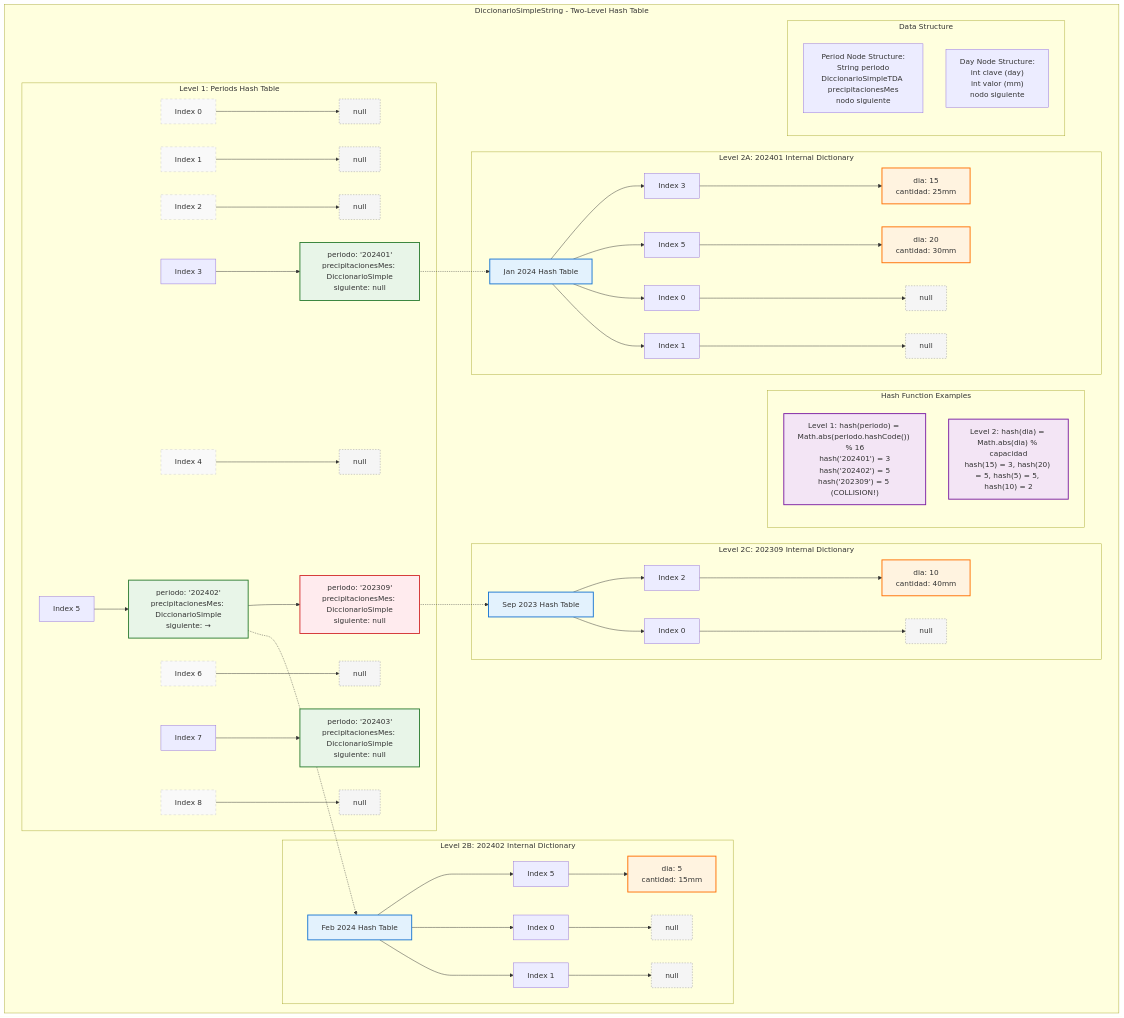
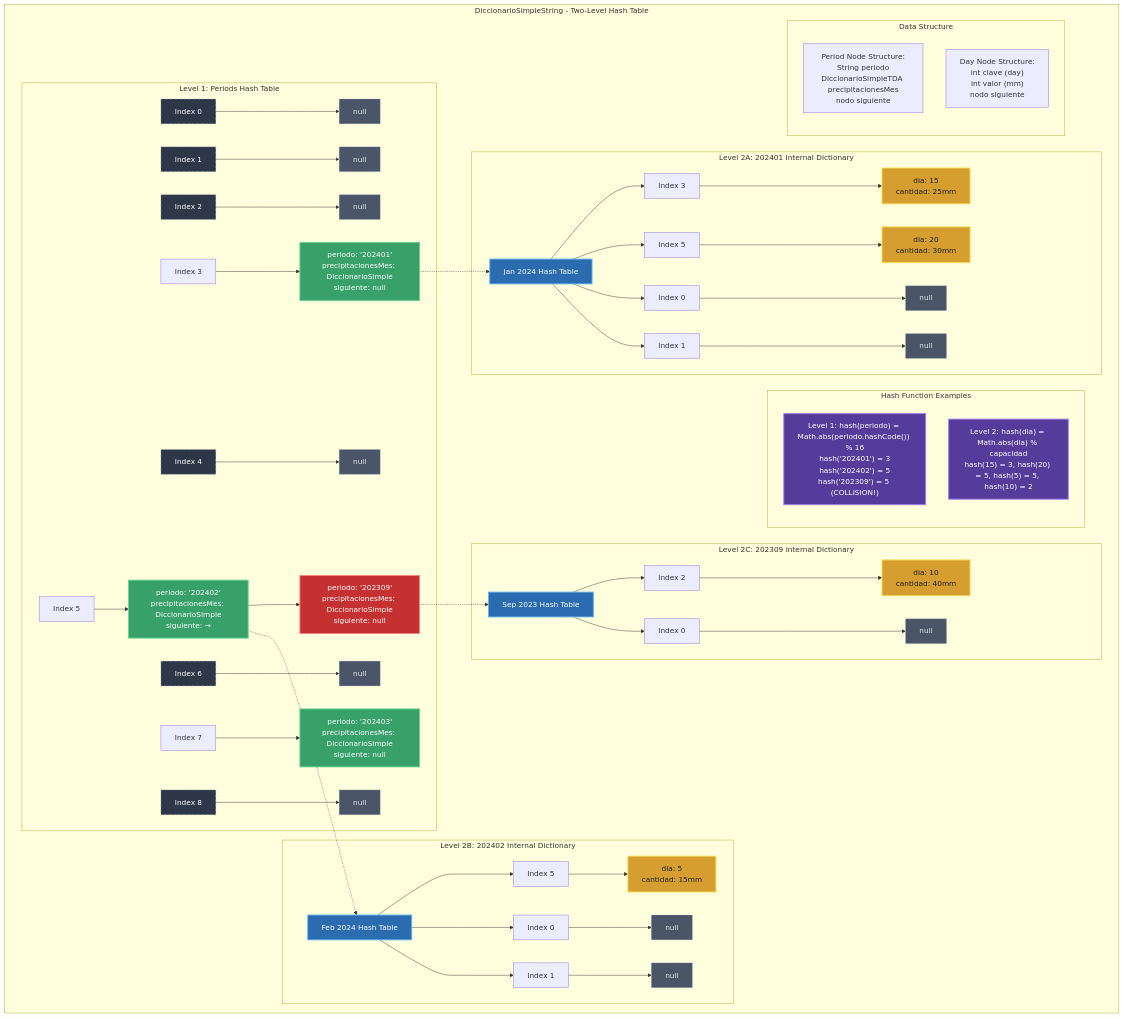
One commit to pybalt/algo2 changed the diagram in README_DiccionarioSimpleString.md. Above: the diagram before and after it, drawn with Mermaid. The commit also changed 1 other file, not shown here.

Commit message:
Update README files to optimize diagram styles for dark mode, enhancing visual clarity and consistency across documentation.

````diff
--- a/README_DiccionarioSimpleString.md
+++ b/README_DiccionarioSimpleString.md
@@ -20,64 +20,64 @@
 ```mermaid
 graph TD
     subgraph "DiccionarioSimpleString - Two-Level Hash Table"
         subgraph "Level 1: Periods Hash Table"
             B0["Index 0"] --> NULL0[null]
             B1["Index 1"] --> NULL1[null]
             B2["Index 2"] --> NULL2[null]
             B3["Index 3"] --> P1["periodo: '202401'<br/>precipitacionesMes: DiccionarioSimple<br/>siguiente: null"]
             B4["Index 4"] --> NULL4[null]
             B5["Index 5"] --> P2["periodo: '202402'<br/>precipitacionesMes: DiccionarioSimple<br/>siguiente: →"]
             P2 --> P3["periodo: '202309'<br/>precipitacionesMes: DiccionarioSimple<br/>siguiente: null"]
             B6["Index 6"] --> NULL6[null]
             B7["Index 7"] --> P4["periodo: '202403'<br/>precipitacionesMes: DiccionarioSimple<br/>siguiente: null"]
             B8["Index 8"] --> NULL8[null]
         end
         
         subgraph "Level 2A: 202401 Internal Dictionary"
             P1 -.-> J_TABLE["Jan 2024 Hash Table"]
             J_TABLE --> J3["Index 3"] --> JD15["dia: 15<br/>cantidad: 25mm"]
             J_TABLE --> J5["Index 5"] --> JD20["dia: 20<br/>cantidad: 30mm"]
             J_TABLE --> J0["Index 0"] --> JN0[null]
             J_TABLE --> J1["Index 1"] --> JN1[null]
         end
         
         subgraph "Level 2B: 202402 Internal Dictionary"
             P2 -.-> F_TABLE["Feb 2024 Hash Table"]
             F_TABLE --> F5["Index 5"] --> FD5["dia: 5<br/>cantidad: 15mm"]
             F_TABLE --> F0["Index 0"] --> FN0[null]
             F_TABLE --> F1["Index 1"] --> FN1[null]
         end
         
         subgraph "Level 2C: 202309 Internal Dictionary"
             P3 -.-> S_TABLE["Sep 2023 Hash Table"]
             S_TABLE --> S2["Index 2"] --> SD10["dia: 10<br/>cantidad: 40mm"]
             S_TABLE --> S0["Index 0"] --> SN0[null]
         end
         
         subgraph "Hash Function Examples"
             HF1["Level 1: hash(periodo) = Math.abs(periodo.hashCode()) % 16<br/>hash('202401') = 3<br/>hash('202402') = 5<br/>hash('202309') = 5 (COLLISION!)"]
             HF2["Level 2: hash(dia) = Math.abs(dia) % capacidad<br/>hash(15) = 3, hash(20) = 5, hash(5) = 5, hash(10) = 2"]
         end
         
         subgraph "Data Structure"
             NS1["Period Node Structure:<br/>String periodo<br/>DiccionarioSimpleTDA precipitacionesMes<br/>nodo siguiente"]
             NS2["Day Node Structure:<br/>int clave (day)<br/>int valor (mm)<br/>nodo siguiente"]
         end
         
-        classDef emptyBucket fill:#f9f9f9,stroke:#ccc,stroke-dasharray: 5 5
-        classDef periodNode fill:#e8f5e8,stroke:#2e7d32,stroke-width:2px
-        classDef dayNode fill:#fff3e0,stroke:#ff6f00,stroke-width:2px
-        classDef hashFunction fill:#f3e5f5,stroke:#7b1fa2,stroke-width:2px
-        classDef nullPointer fill:#f5f5f5,stroke:#999,stroke-dasharray: 3 3
-        classDef collision fill:#ffebee,stroke:#d32f2f,stroke-width:2px
-        classDef table fill:#e3f2fd,stroke:#1976d2,stroke-width:2px
+        classDef emptyBucket fill:#2d3748,stroke:#a0aec0,stroke-dasharray: 5 5,color:#ffffff
+        classDef periodNode fill:#38a169,stroke:#68d391,stroke-width:2px,color:#ffffff
+        classDef dayNode fill:#d69e2e,stroke:#f6e05e,stroke-width:2px,color:#1a202c
+        classDef hashFunction fill:#553c9a,stroke:#9f7aea,stroke-width:2px,color:#ffffff
+        classDef nullPointer fill:#4a5568,stroke:#a0aec0,stroke-dasharray: 3 3,color:#e2e8f0
+        classDef collision fill:#c53030,stroke:#fc8181,stroke-width:2px,color:#ffffff
+        classDef table fill:#2b6cb0,stroke:#63b3ed,stroke-width:2px,color:#ffffff
         
         class B0,B1,B2,B4,B6,B8 emptyBucket
         class P1,P2,P4 periodNode
         class P3 collision
         class JD15,JD20,FD5,SD10 dayNode
         class HF1,HF2 hashFunction
         class NULL0,NULL1,NULL2,NULL4,NULL6,NULL8,JN0,JN1,FN0,FN1,SN0 nullPointer
         class J_TABLE,F_TABLE,S_TABLE table
     end
 ```
````
